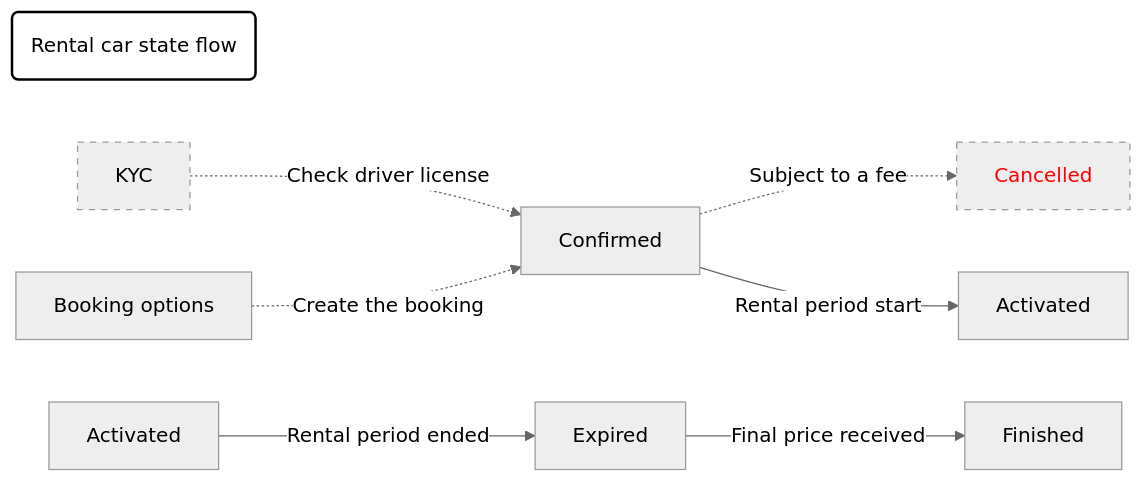
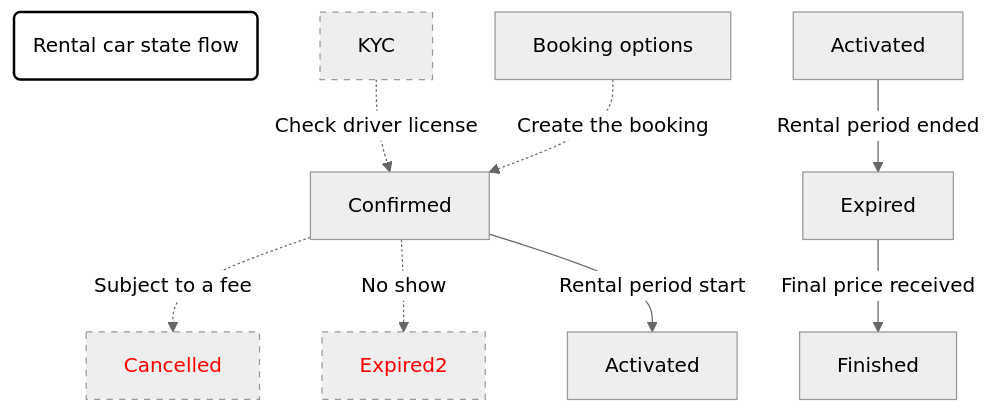
The diagram in specs/workflow/car-rental.mmd (maasglobal/maas-tsp-api), drawn with Mermaid (neutral theme) before and after one commit. The commit also changed 4 other files, not shown here.

Commit message:
Confirmed - Expired and top-down

```diff
--- a/specs/workflow/car-rental.mmd
+++ b/specs/workflow/car-rental.mmd
@@ -1,13 +1,15 @@
-graph LR
+graph TD
   label1(Rental car state flow)
   %% MermaidJS workflow graph for Taxi TSP
   %% Use https://mermaid-js.github.io/mermaid-live-editor/ to edit
   KYC[KYC] -.->|Check driver license| Confirmed
   Options[Booking options] -.->|Create the booking| Confirmed
   Confirmed -.->|Subject to a fee| Cancelled
+  Confirmed -.->|No show| Expired2
   Confirmed -->|Rental period start| Activated
   Activated2[Activated] -->|Rental period ended| Expired
   Expired -->|Final price received| Finished
   style Cancelled color:red,stroke-dasharray: 5, 5
   style label1 stroke-width:2px,color:black,stroke:black,fill:white
   style KYC stroke-dasharray:5,5
+  style Expired2 color:red,stroke-dasharray: 5, 5
```
